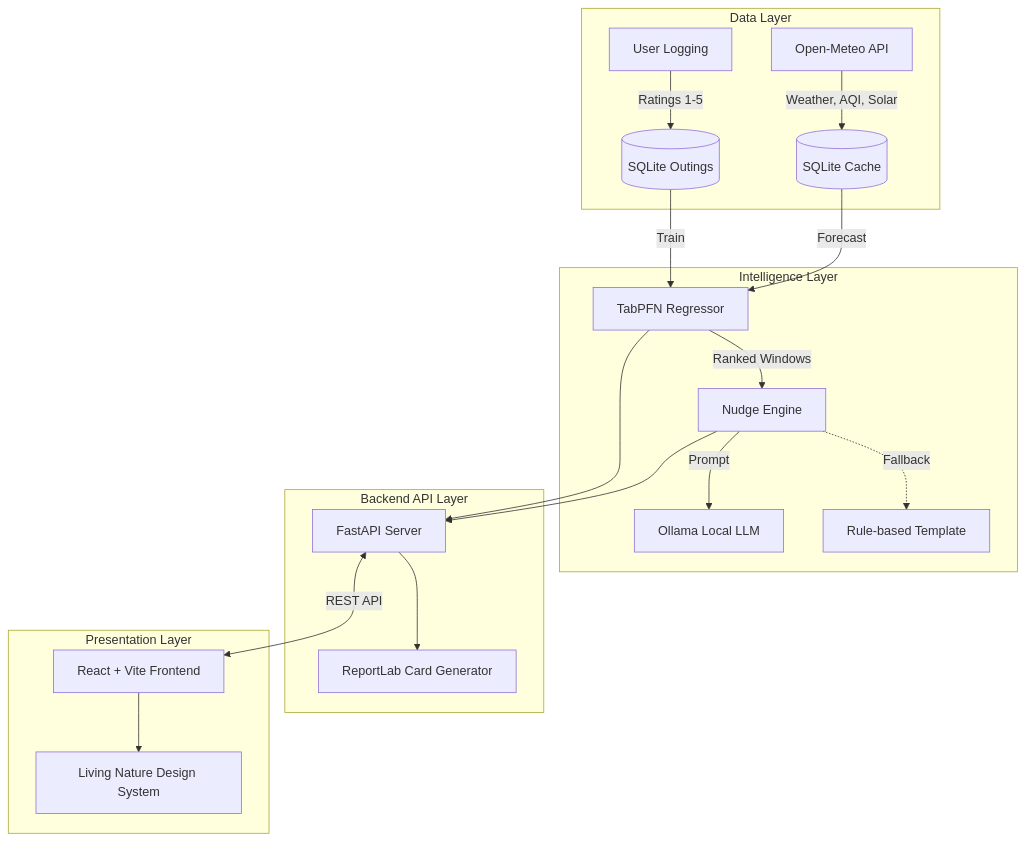
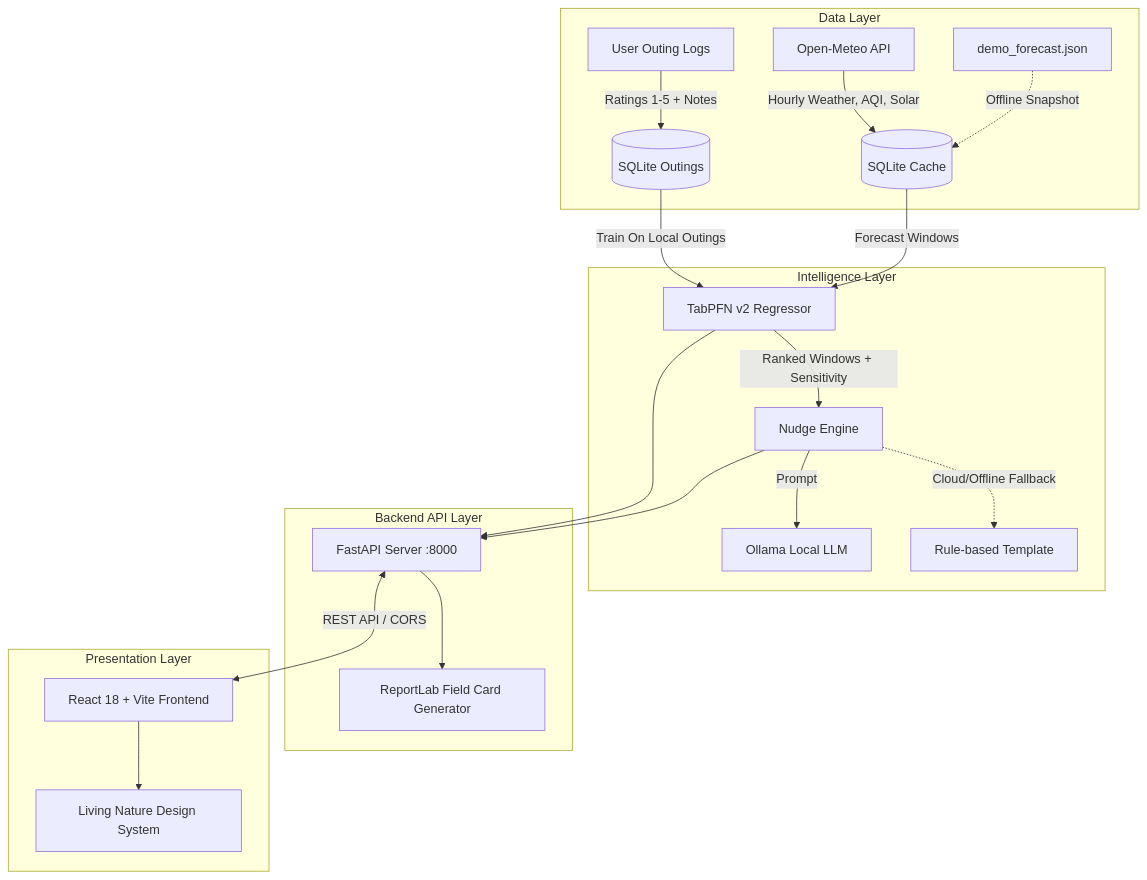
The diagram in README.md (Aryan24a-git/Grassday), drawn with Mermaid before and after one commit. The commit also changed other lines of this file and 2 other files, not shown here.

Commit message:
docs: polish README with bundled TabPFN weights, LOOCV metrics, and clear quickstart instructions

````diff
--- a/README.md
+++ b/README.md
@@ -84,26 +125,27 @@
 ```mermaid
 graph TD
     subgraph Data Layer
-        OM[Open-Meteo API] -->|Weather, AQI, Solar| Cache[(SQLite Cache)]
-        User[User Logging] -->|Ratings 1-5| DB[(SQLite Outings)]
+        OM[Open-Meteo API] -->|Hourly Weather, AQI, Solar| Cache[(SQLite Cache)]
+        Fallback[demo_forecast.json] -.->|Offline Snapshot| Cache
+        User[User Outing Logs] -->|Ratings 1-5 + Notes| DB[(SQLite Outings)]
     end
 
     subgraph Intelligence Layer
-        DB -->|Train| Model[TabPFN Regressor]
-        Cache -->|Forecast| Model
-        Model -->|Ranked Windows| Engine[Nudge Engine]
+        DB -->|Train On Local Outings| Model[TabPFN v2 Regressor]
+        Cache -->|Forecast Windows| Model
+        Model -->|Ranked Windows + Sensitivity| Engine[Nudge Engine]
         Engine -->|Prompt| LLM[Ollama Local LLM]
-        Engine -.->|Fallback| Template[Rule-based Template]
+        Engine -.->|Cloud/Offline Fallback| Template[Rule-based Template]
     end
 
     subgraph Backend API Layer
-        Model --> API[FastAPI Server]
+        Model --> API[FastAPI Server :8000]
         Engine --> API
-        API --> PDF[ReportLab Card Generator]
+        API --> PDF[ReportLab Field Card Generator]
     end
 
     subgraph Presentation Layer
-        API <-->|REST API| UI[React + Vite Frontend]
-        UI --> CSS[Living Nature Design System]
+        API <-->|REST API / CORS| UI[React 18 + Vite Frontend]
+        UI --> Theme[Living Nature Design System]
     end
 ```
````
